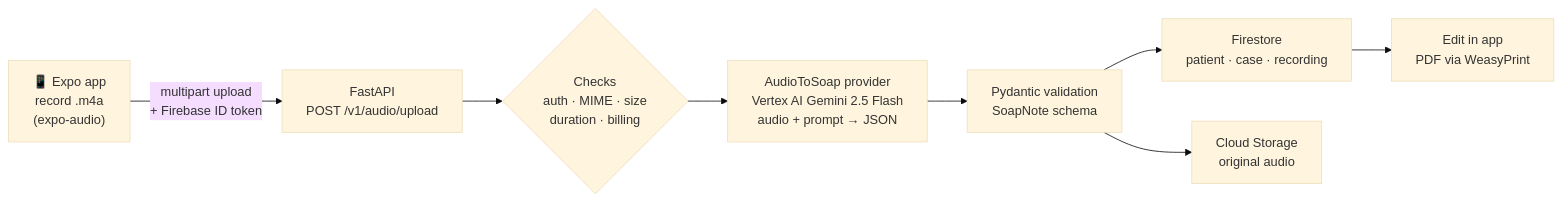
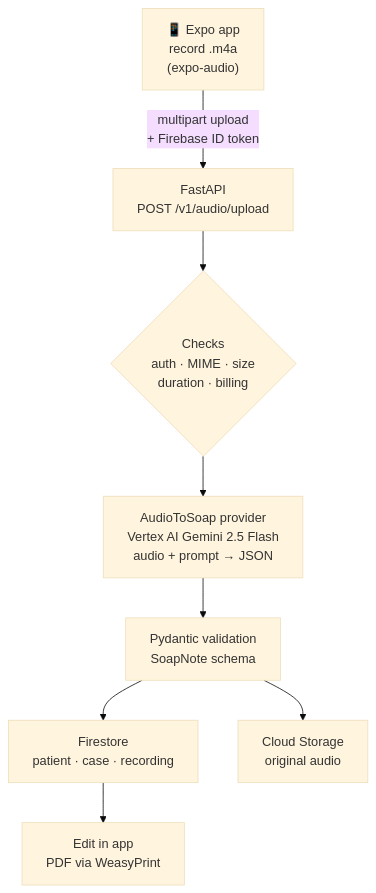
The second of 2 diagrams in README.md (nithin261829/SoapNotesAi), drawn with Mermaid (base theme) before and after one commit.

Commit message:
README: lay out the pipeline diagram top to bottom

````diff
--- a/README.md
+++ b/README.md
@@ -51,10 +51,10 @@
 ```mermaid
-flowchart LR
+flowchart TB
     A["📱 Expo app<br/>record .m4a<br/>(expo-audio)"] -->|"multipart upload<br/>+ Firebase ID token"| B["FastAPI<br/>POST /v1/audio/upload"]
     B --> C{"Checks<br/>auth · MIME · size<br/>duration · billing"}
     C --> D["AudioToSoap provider<br/>Vertex AI Gemini 2.5 Flash<br/>audio + prompt → JSON"]
     D --> E["Pydantic validation<br/>SoapNote schema"]
     E --> F["Firestore<br/>patient · case · recording"]
     E --> G["Cloud Storage<br/>original audio"]
     F --> H["Edit in app<br/>PDF via WeasyPrint"]
 ```
````
